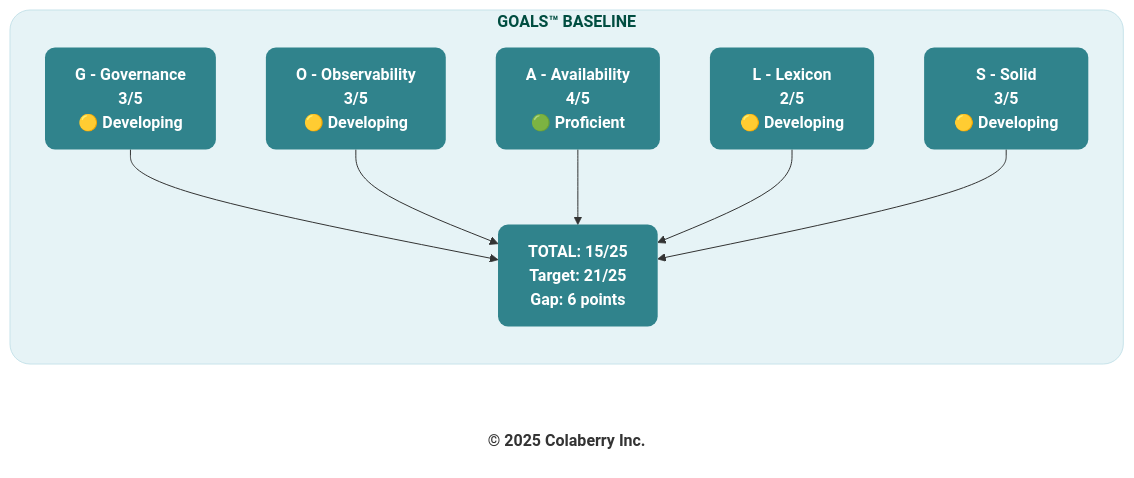
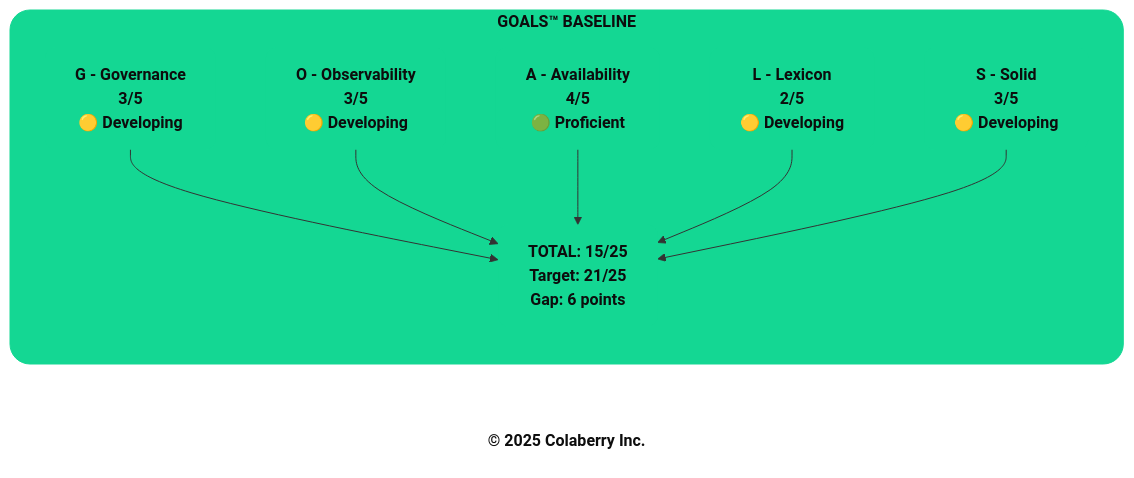
The diagram in mermaid-source/figure-8-1.mmd (saitejesh-cyber/trust-before-intelligence-book), drawn with Mermaid before and after one commit. The commit also changed 212 other files, not shown here.

Commit message:
Apply semantic Colaberry palette across all diagram sources and PNGs

```diff
--- a/mermaid-source/figure-8-1.mmd
+++ b/mermaid-source/figure-8-1.mmd
@@ -1,27 +1,27 @@
 graph LR
   subgraph BASELINE["<b>GOALS™ BASELINE</b>"]
     G["<b>G - Governance</b><br/><b>3/5</b><br/><b>🟡 Developing</b>"]
     O["<b>O - Observability</b><br/><b>3/5</b><br/><b>🟡 Developing</b>"]
     A["<b>A - Availability</b><br/><b>4/5</b><br/><b>🟢 Proficient</b>"]
     L["<b>L - Lexicon</b><br/><b>2/5</b><br/><b>🟡 Developing</b>"]
     S["<b>S - Solid</b><br/><b>3/5</b><br/><b>🟡 Developing</b>"]
     
     TOTAL["<b>TOTAL: 15/25</b><br/><b>Target: 21/25</b><br/><b>Gap: 6 points</b>"]
   end
   
   G --> TOTAL
   O --> TOTAL
   A --> TOTAL
   L --> TOTAL
   S --> TOTAL
   
-  style BASELINE fill:#e6f3f6,stroke:#c7e3ea,stroke-width:1px,color:#004d40,rx:20,ry:20
-  style G fill:#30838C,stroke:none,color:#ffffff,rx:10,ry:10
-  style O fill:#30838C,stroke:none,color:#ffffff,rx:10,ry:10
-  style A fill:#30838C,stroke:none,color:#ffffff,rx:10,ry:10
-  style L fill:#30838C,stroke:none,color:#ffffff,rx:10,ry:10
-  style S fill:#30838C,stroke:none,color:#ffffff,rx:10,ry:10
-  style TOTAL fill:#30838C,stroke:none,color:#ffffff,rx:10,ry:10
+  style BASELINE fill:#14D793,stroke:#14D793,stroke-width:1px,color:#0D0D0D,rx:20,ry:20
+  style G fill:#14D793,stroke:none,color:#0D0D0D,rx:10,ry:10
+  style O fill:#14D793,stroke:none,color:#0D0D0D,rx:10,ry:10
+  style A fill:#14D793,stroke:none,color:#0D0D0D,rx:10,ry:10
+  style L fill:#14D793,stroke:none,color:#0D0D0D,rx:10,ry:10
+  style S fill:#14D793,stroke:none,color:#0D0D0D,rx:10,ry:10
+  style TOTAL fill:#14D793,stroke:none,color:#0D0D0D,rx:10,ry:10
   
   Copyright["<b>© 2025 Colaberry Inc.</b>"]
-  style Copyright fill:none,stroke:none,color:#333333
+  style Copyright fill:none,stroke:none,color:#0D0D0D
```
